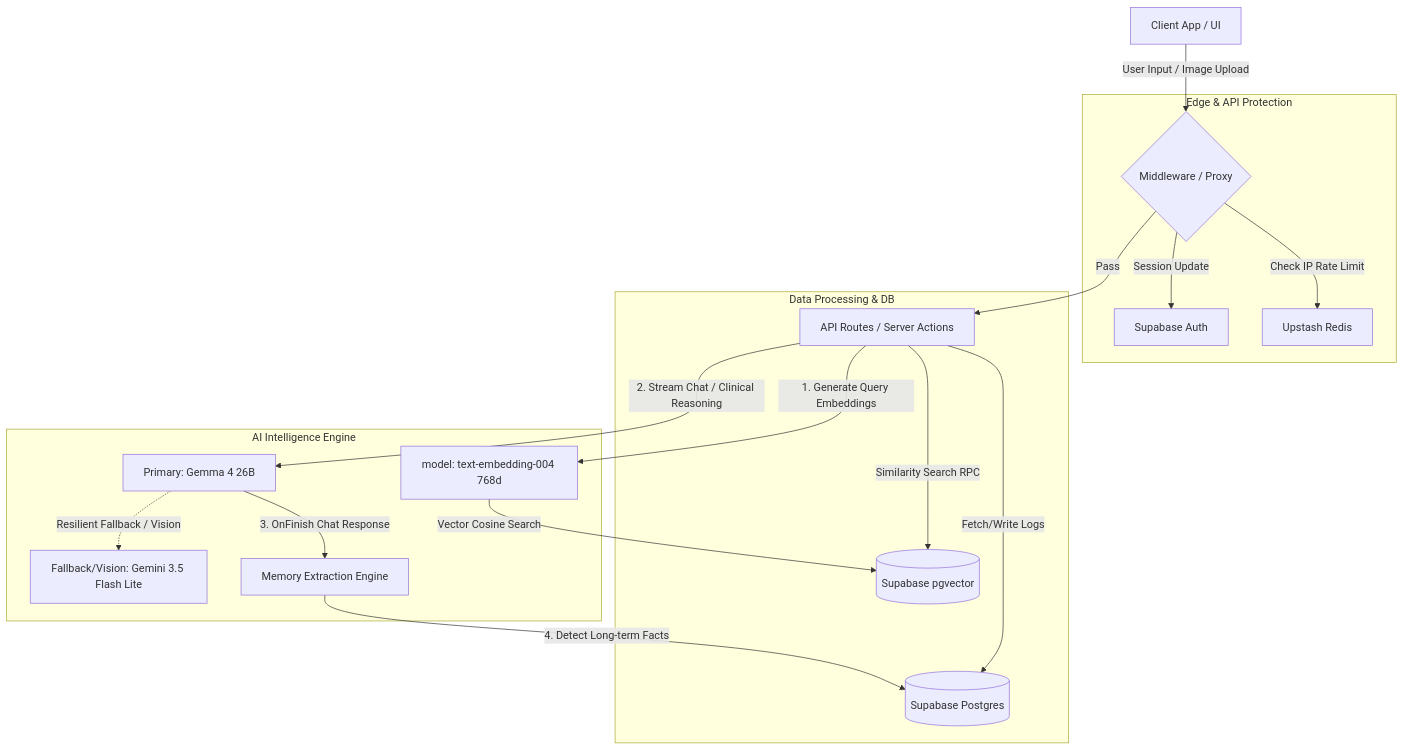
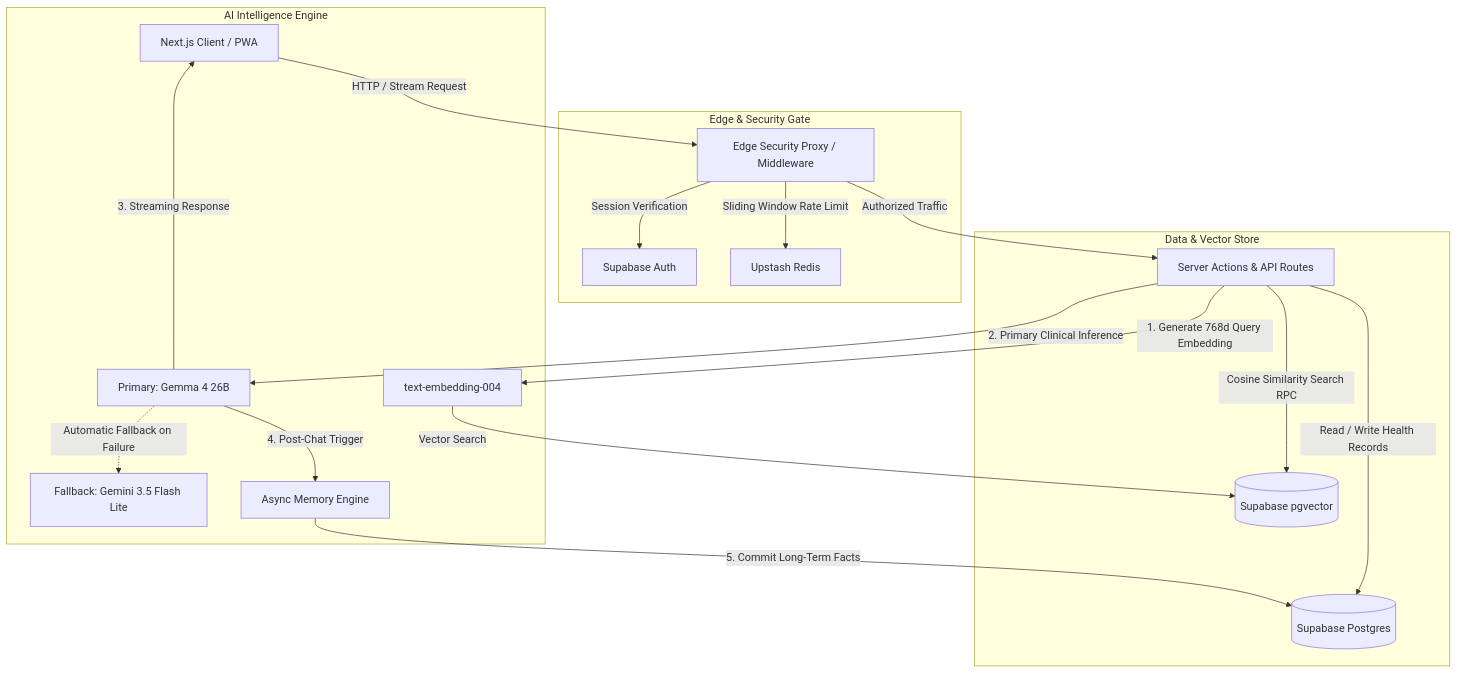
The first of 4 diagrams in README.md (Harshitagarwal113/Agent-Baymax), drawn with Mermaid before and after one commit. The commit also changed other lines of this file and 3 other files, not shown here.

Commit message:
Update README documentation with system flowcharts, open-source Gemma 4 architecture, MIT license, and project descriptions

````diff
--- a/README.md
+++ b/README.md
@@ -25,25 +61,26 @@
 ```mermaid
 graph TD
-    Client[Client App / UI] -->|User Input / Image Upload| Middleware{Middleware / Proxy}
+    Client[Next.js Client / PWA] -->|HTTP / Stream Request| Proxy[Edge Security Proxy / Middleware]
     
-    subgraph Edge & API Protection
-        Middleware -->|Session Update| SupabaseAuth[Supabase Auth]
-        Middleware -->|Check IP Rate Limit| Upstash[Upstash Redis]
+    subgraph Edge & Security Gate
+        Proxy -->|Session Verification| SupabaseAuth[Supabase Auth]
+        Proxy -->|Sliding Window Rate Limit| Upstash[Upstash Redis]
     end
     
-    Middleware -->|Pass| API[API Routes / Server Actions]
+    Proxy -->|Authorized Traffic| ServerActions[Server Actions & API Routes]
     
-    subgraph Data Processing & DB
-        API -->|Fetch/Write Logs| DB[(Supabase Postgres)]
-        API -->|Similarity Search RPC| VectorDB[(Supabase pgvector)]
+    subgraph Data & Vector Store
+        ServerActions -->|Read / Write Health Records| Postgres[(Supabase Postgres)]
+        ServerActions -->|Cosine Similarity Search RPC| VectorDB[(Supabase pgvector)]
     end
     
     subgraph AI Intelligence Engine
-        API -->|1. Generate Query Embeddings| EmbedModel[model: text-embedding-004 768d]
-        EmbedModel -->|Vector Cosine Search| VectorDB
-        API -->|2. Stream Chat / Clinical Reasoning| GemmaChat[Primary: Gemma 4 26B]
-        GemmaChat -.->|Resilient Fallback / Vision| GeminiFallback[Fallback/Vision: Gemini 3.5 Flash Lite]
-        GemmaChat -->|3. OnFinish Chat Response| MemEngine[Memory Extraction Engine]
-        MemEngine -->|4. Detect Long-term Facts| DB
+        ServerActions -->|1. Generate 768d Query Embedding| Embedder[text-embedding-004]
+        Embedder -->|Vector Search| VectorDB
+        ServerActions -->|2. Primary Clinical Inference| Gemma[Primary: Gemma 4 26B]
+        Gemma -.->|Automatic Fallback on Failure| GeminiFallback[Fallback: Gemini 3.5 Flash Lite]
+        Gemma -->|3. Streaming Response| Client
+        Gemma -->|4. Post-Chat Trigger| MemoryExtractor[Async Memory Engine]
+        MemoryExtractor -->|5. Commit Long-Term Facts| Postgres
     end
 ```
````
